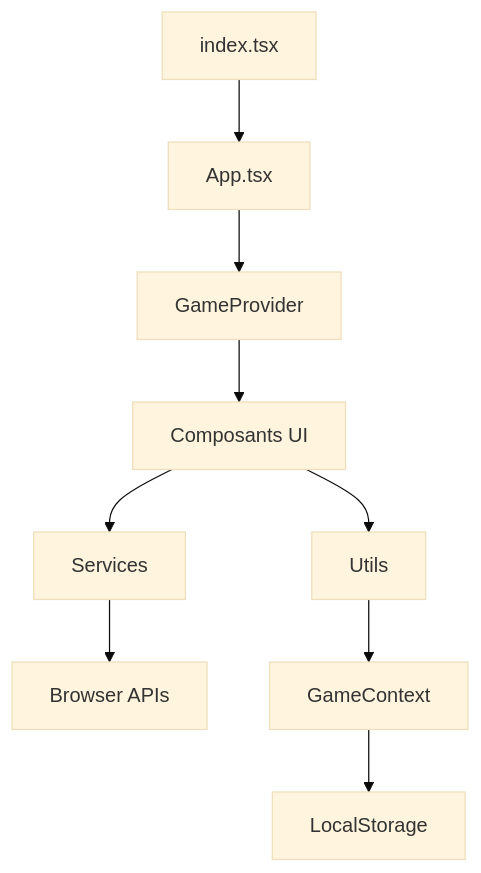
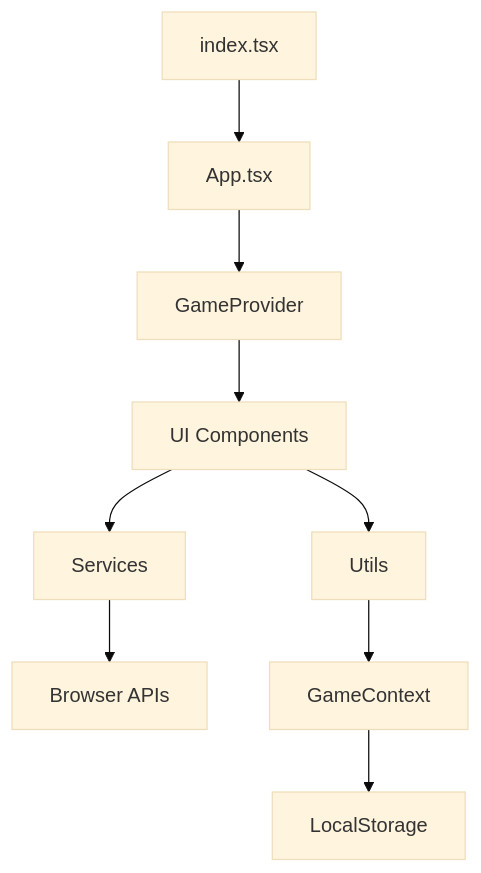
Before and after one commit to blal1/neon-vanguard-sector-zero: the first of 3 diagrams in docs/ARCHITECTURE.md, drawn with Mermaid (base theme). The commit also changed other lines of this file and 64 other files, not shown here.

````diff
--- a/docs/ARCHITECTURE.md
+++ b/docs/ARCHITECTURE.md
@@ -9,11 +9,11 @@
 ```mermaid
 graph TD
     A[index.tsx] --> B[App.tsx]
     B --> C[GameProvider]
-    C --> D[Composants UI]
+    C --> D[UI Components]
     D --> E[Services]
     D --> F[Utils]
     E --> G[Browser APIs]
     F --> H[GameContext]
     H --> I[LocalStorage]
 ```
````
